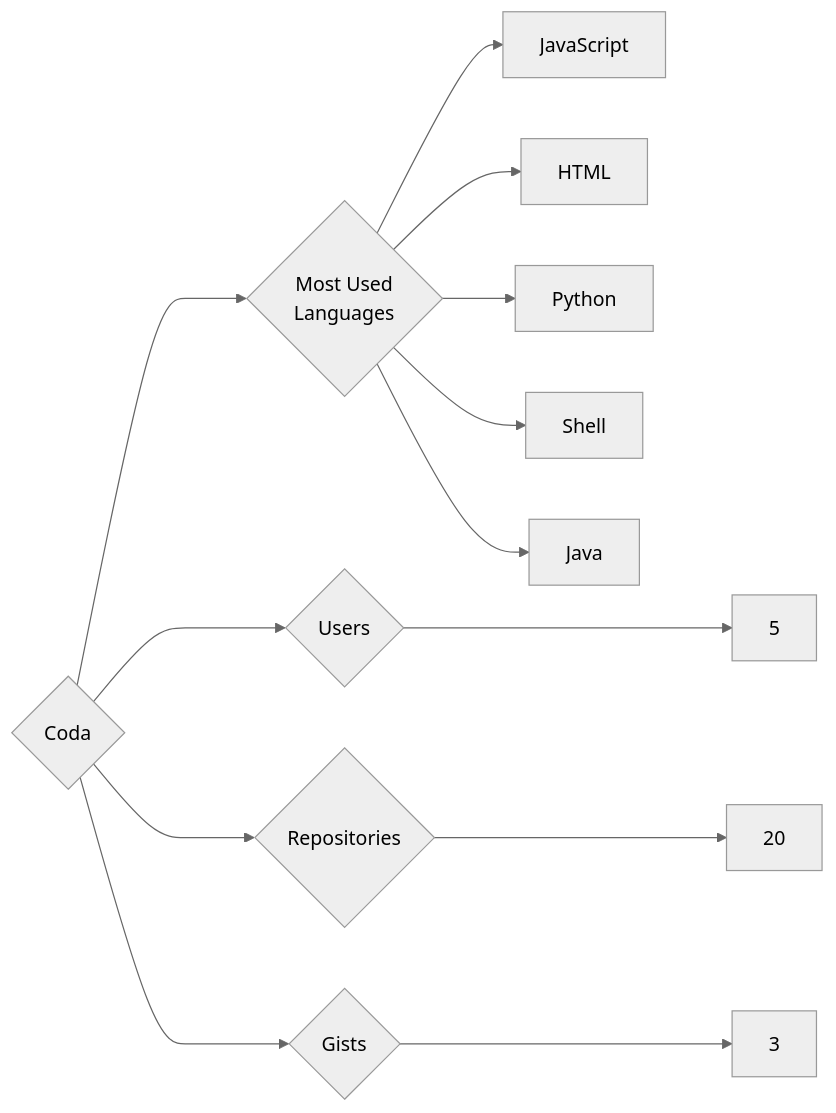
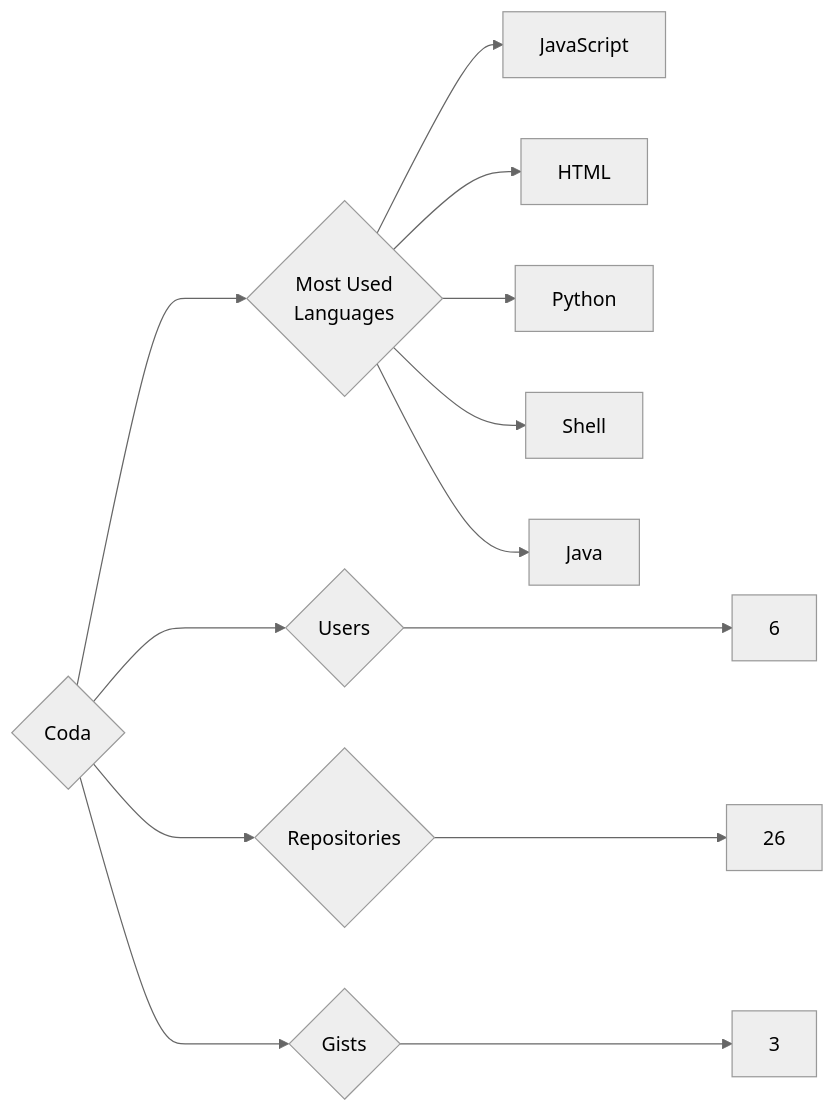
The diagram in targets/Coda/README.md (trickest/insiders), drawn with Mermaid (neutral theme) before and after one commit. The commit also changed 1055 other files, not shown here.

````diff
--- a/targets/Coda/README.md
+++ b/targets/Coda/README.md
@@ -3,13 +3,13 @@
 ```mermaid
 graph LR
 COMPANY_NAME{Coda}
-COMPANY_NAME ---> U{Users} ---> UN[5]
-COMPANY_NAME ---> R{Repositories} ---> RN[20]
+COMPANY_NAME ---> U{Users} ---> UN[6]
+COMPANY_NAME ---> R{Repositories} ---> RN[26]
 COMPANY_NAME ---> G{Gists} ---> GN[3]
 COMPANY_NAME ---> ML{Most Used<br>Languages}
 ML --> JavaScript[JavaScript]
 ML --> HTML[HTML]
 ML --> Python[Python]
 ML --> Shell[Shell]
 ML --> Java[Java]
 ```
````
